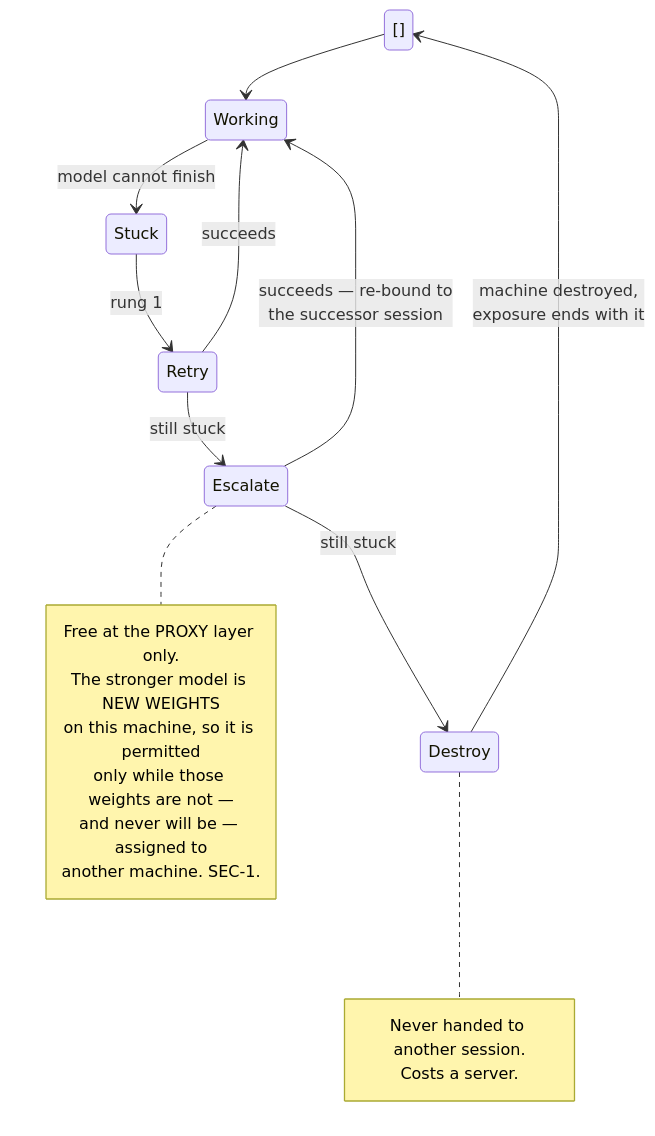
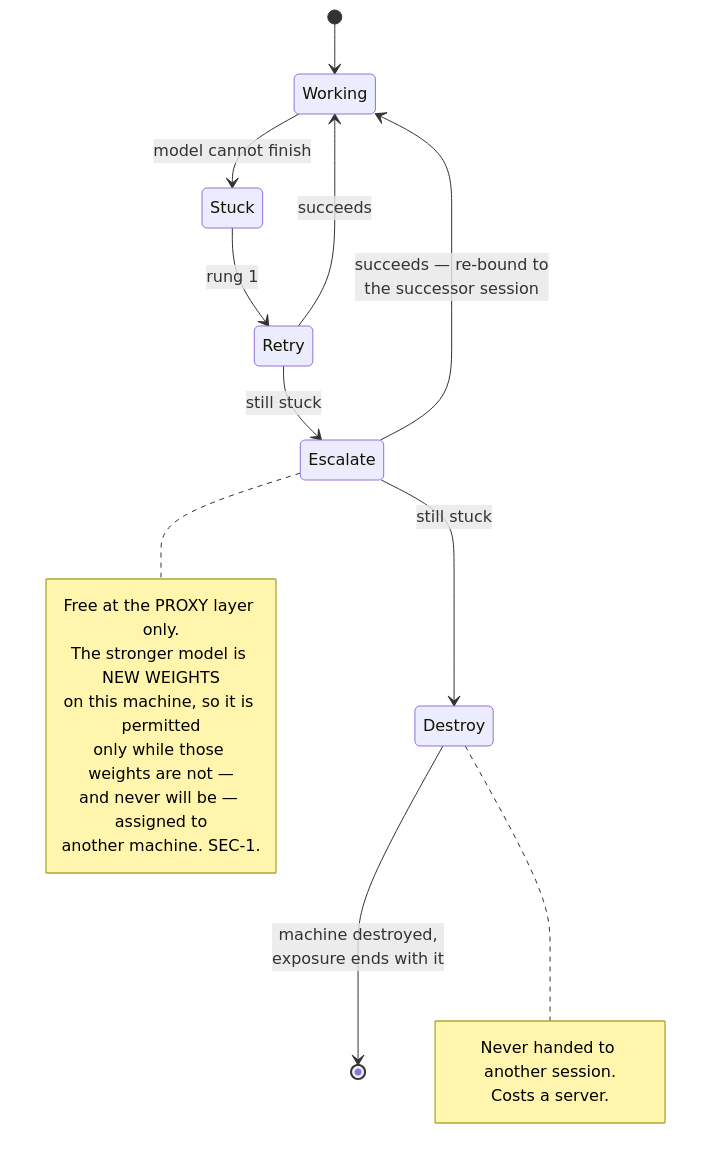
The third of 3 diagrams in 01-architecture.md (douglaz/tau-web-spec), drawn with Mermaid before and after one commit. The commit also changed other lines of this file and 23 other files, not shown here.

````diff
--- a/01-architecture.md
+++ b/01-architecture.md
@@ -326,23 +326,23 @@
 ```mermaid
 stateDiagram-v2
-    [] --> Working
+    [*] --> Working
     Working --> Stuck: model cannot finish
     Stuck --> Retry: rung 1
     Retry --> Working: succeeds
     Retry --> Escalate: still stuck
     Escalate --> Working: succeeds — re-bound to<br/>the successor session
     note right of Escalate
         Free at the PROXY layer only.
         The stronger model is NEW WEIGHTS
         on this machine, so it is permitted
         only while those weights are not —
         and never will be — assigned to
         another machine. SEC-1.
     end note
     Escalate --> Destroy: still stuck
-    Destroy --> []: machine destroyed,<br/>exposure ends with it
+    Destroy --> [*]: machine destroyed,<br/>exposure ends with it
     note right of Destroy
         Never handed to another session.
         Costs a server.
     end note
 ```
````
